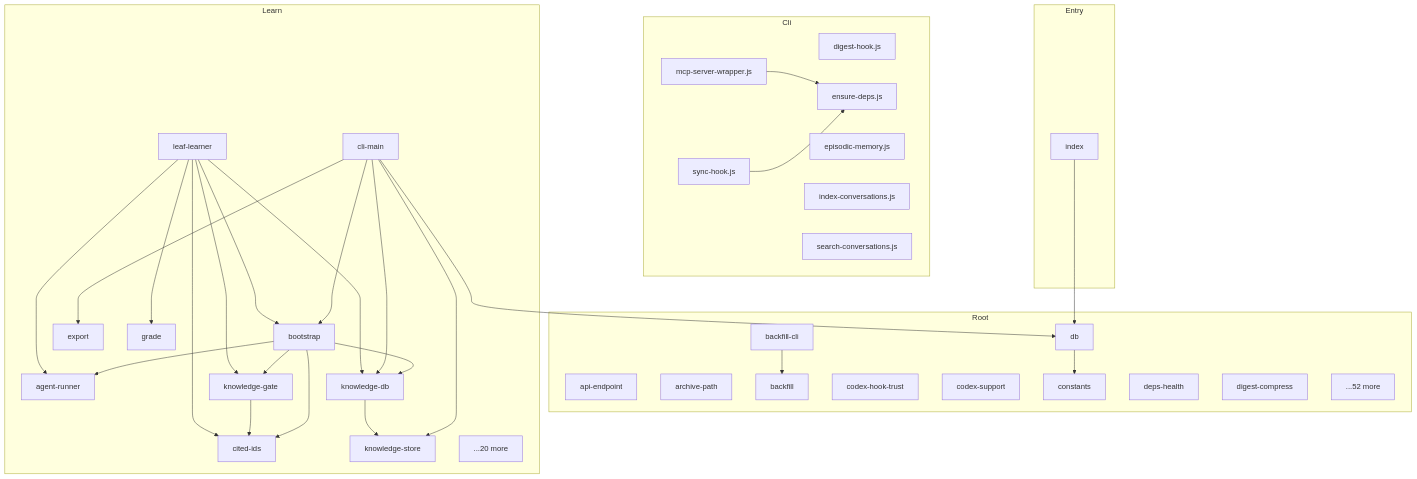
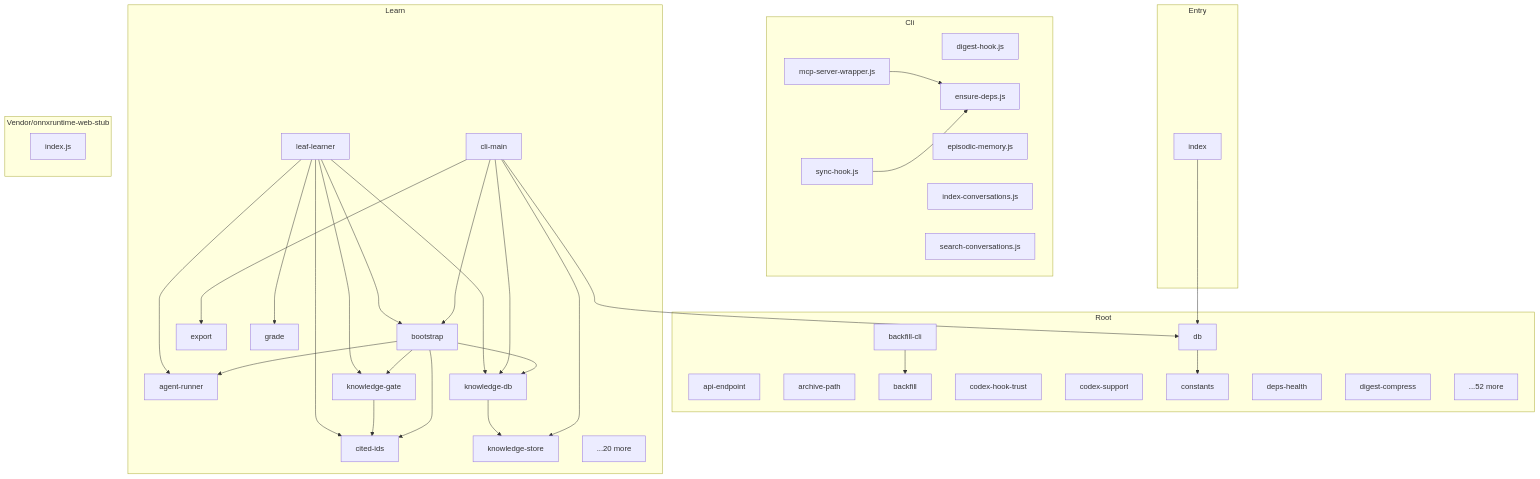
The diagram in docs/architecture/DEPENDENCY_GRAPH.md (danielsimonjr/episodic-memory), drawn with Mermaid before and after one commit. The commit also changed other lines of this file and 27 other files, not shown here.

First line of the commit message:
deps: stub onnxruntime-web with a file: override (plan step 3) (#56)

````diff
--- a/docs/architecture/DEPENDENCY_GRAPH.md
+++ b/docs/architecture/DEPENDENCY_GRAPH.md
@@ -2026,67 +2036,71 @@
 ```mermaid
 graph TD
     subgraph Cli
         N0[digest-hook.js]
         N1[ensure-deps.js]
         N2[episodic-memory.js]
         N3[index-conversations.js]
         N4[mcp-server-wrapper.js]
         N5[search-conversations.js]
         N6[sync-hook.js]
     end
 
     subgraph Root
         N7[api-endpoint]
         N8[archive-path]
         N9[backfill-cli]
         N10[backfill]
         N11[codex-hook-trust]
         N12[codex-support]
         N13[constants]
         N14[db]
         N15[deps-health]
         N16[digest-compress]
         N17[...52 more]
     end
 
     subgraph Entry
         N18[index]
     end
 
     subgraph Learn
         N19[agent-runner]
         N20[bootstrap]
         N21[cited-ids]
         N22[cli-main]
         N23[export]
         N24[grade]
         N25[knowledge-db]
         N26[knowledge-gate]
         N27[knowledge-store]
         N28[leaf-learner]
         N29[...20 more]
     end
 
+    subgraph Vendor/onnxruntime-web-stub
+        N30[index.js]
+    end
+
     N4 --> N1
     N6 --> N1
     N9 --> N10
     N14 --> N13
     N18 --> N14
     N20 --> N25
     N20 --> N26
     N20 --> N21
     N20 --> N19
     N22 --> N25
     N22 --> N23
     N22 --> N27
     N22 --> N14
     N22 --> N20
     N25 --> N27
     N26 --> N21
     N28 --> N20
     N28 --> N26
     N28 --> N21
     N28 --> N25
     N28 --> N19
     N28 --> N24
 ```
````
